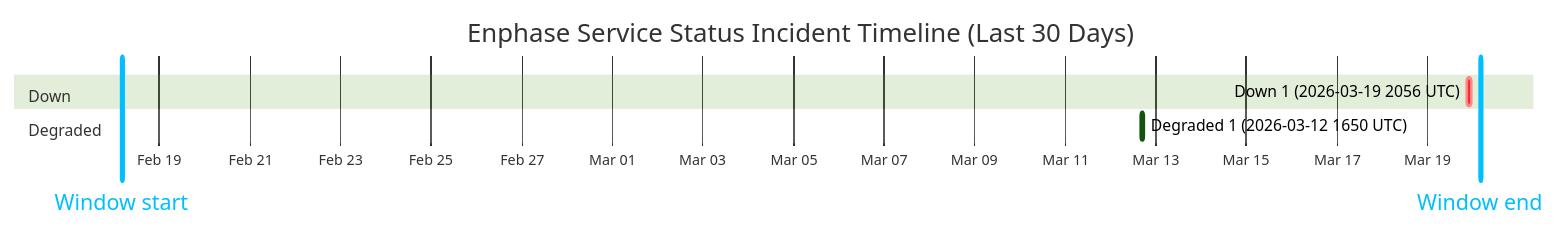
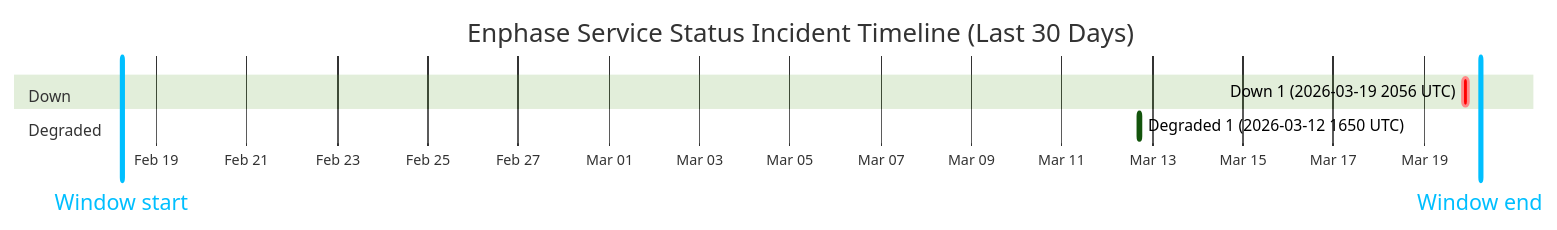
Before and after one commit to barneyonline/ha-enphase-ev-charger: the diagram in wiki/Service-Status-History.md, drawn with Mermaid (forest theme). The commit also changed other lines of this file and 3 other files, not shown here.

````diff
--- a/wiki/Service-Status-History.md
+++ b/wiki/Service-Status-History.md
@@ -14,12 +14,12 @@
 ```mermaid
 gantt
     title Enphase Service Status Incident Timeline (Last 30 Days)
     dateFormat  YYYY-MM-DDTHH:mm:ss
     axisFormat  %b %d
-    Window start :vert, window-start, 2026-02-18T04:05:33, 0ms
-    Window end :vert, window-end, 2026-03-20T04:05:33, 0ms
+    Window start :vert, window-start, 2026-02-18T05:44:17, 0ms
+    Window end :vert, window-end, 2026-03-20T05:44:17, 0ms
     section Down
     Down 1 (2026-03-19 2056 UTC) :crit, down-1, 2026-03-19T20:56:20, 145m
     section Degraded
     Degraded 1 (2026-03-12 1650 UTC) :active, degraded-1, 2026-03-12T16:50:43, 60m
 ```
````
